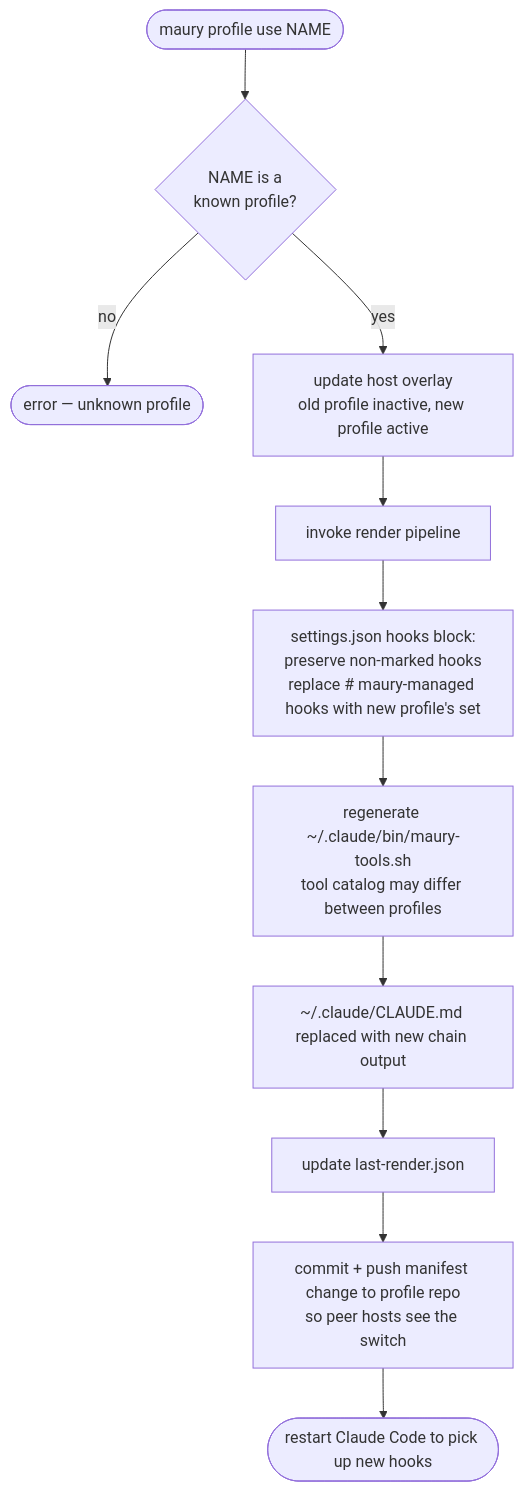
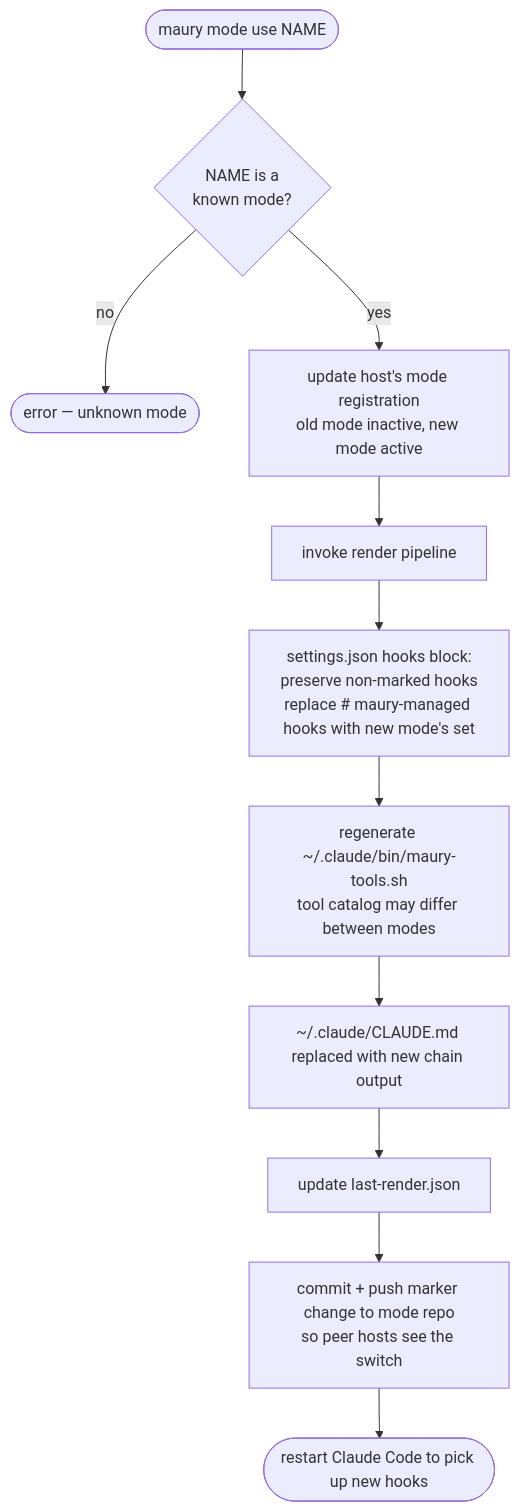
The seventh of 8 diagrams in docs/operations.md (csmarshall/maury), drawn with Mermaid before and after one commit. The commit also changed other lines of this file and 21 other files, not shown here.

````diff
--- a/docs/operations.md
+++ b/docs/operations.md
@@ -212,13 +212,13 @@
 ```mermaid
 flowchart TD
-    Start([maury profile use NAME]) --> Validate{NAME is a<br/>known profile?}
-    Validate -->|no| Fail([error — unknown profile])
-    Validate -->|yes| UpdateOverlay[update host overlay<br/>old profile inactive, new profile active]
+    Start([maury mode use NAME]) --> Validate{NAME is a<br/>known mode?}
+    Validate -->|no| Fail([error — unknown mode])
+    Validate -->|yes| UpdateOverlay[update host's mode registration<br/>old mode inactive, new mode active]
     UpdateOverlay --> Render[invoke render pipeline]
-    Render --> RewriteSettings[settings.json hooks block:<br/>preserve non-marked hooks<br/>replace # maury-managed hooks with new profile's set]
-    RewriteSettings --> RegenTools[regenerate ~/.claude/bin/maury-tools.sh<br/>tool catalog may differ between profiles]
+    Render --> RewriteSettings[settings.json hooks block:<br/>preserve non-marked hooks<br/>replace # maury-managed hooks with new mode's set]
+    RewriteSettings --> RegenTools[regenerate ~/.claude/bin/maury-tools.sh<br/>tool catalog may differ between modes]
     RegenTools --> RewriteCLAUDE[~/.claude/CLAUDE.md replaced with new chain output]
     RewriteCLAUDE --> UpdateState[update last-render.json]
-    UpdateState --> Push[commit + push manifest change to profile repo<br/>so peer hosts see the switch]
+    UpdateState --> Push[commit + push marker change to mode repo<br/>so peer hosts see the switch]
     Push --> Done([restart Claude Code to pick up new hooks])
 ```
````
